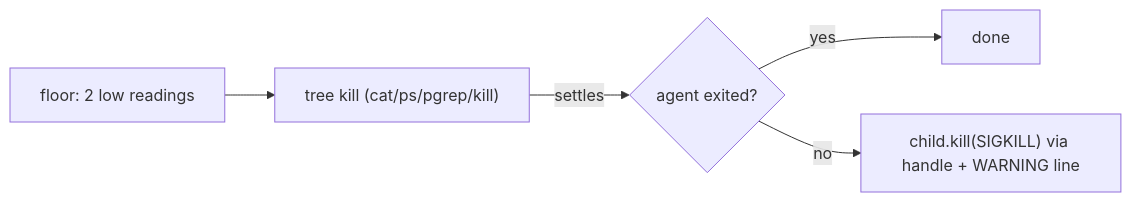
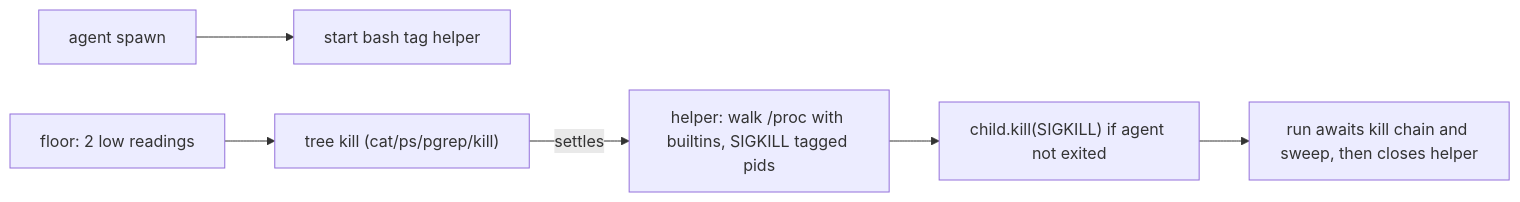
Before and after one commit to stSoftwareAU/VibeCoder: the diagram in docs/archive/pr-summaries/pr-summary-5638.md, drawn with Mermaid. The commit also changed other lines of this file, not shown here.

First line of the commit message:
PR summary for the no-spawn tag sweep (Issue #5638)

````diff
--- a/docs/archive/pr-summaries/pr-summary-5638.md
+++ b/docs/archive/pr-summaries/pr-summary-5638.md
@@ -64,7 +62,8 @@
 ```mermaid
 flowchart LR
+    S[agent spawn] --> H[start bash tag helper]
     F[floor: 2 low readings] --> T["tree kill (cat/ps/pgrep/kill)"]
-    T -->|settles| X{agent exited?}
-    X -->|yes| D[done]
-    X -->|no| H["child.kill(SIGKILL) via handle + WARNING line"]
+    T -->|settles| W["helper: walk /proc with builtins, SIGKILL tagged pids"]
+    W --> K["child.kill(SIGKILL) if agent not exited"]
+    K --> C[run awaits kill chain and sweep, then closes helper]
 ```
````
